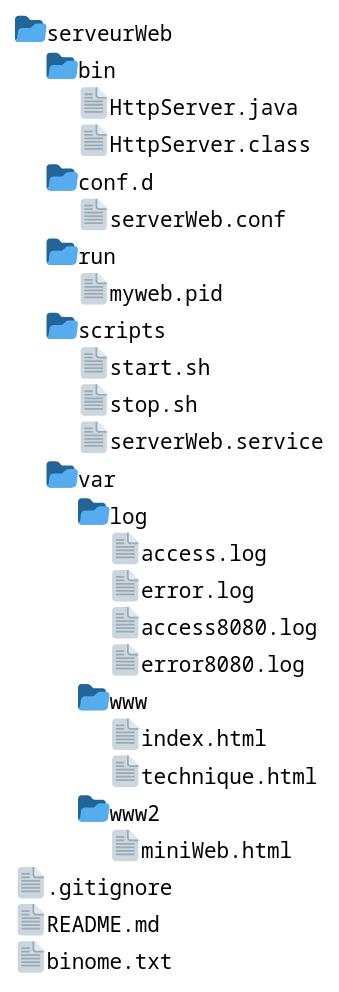
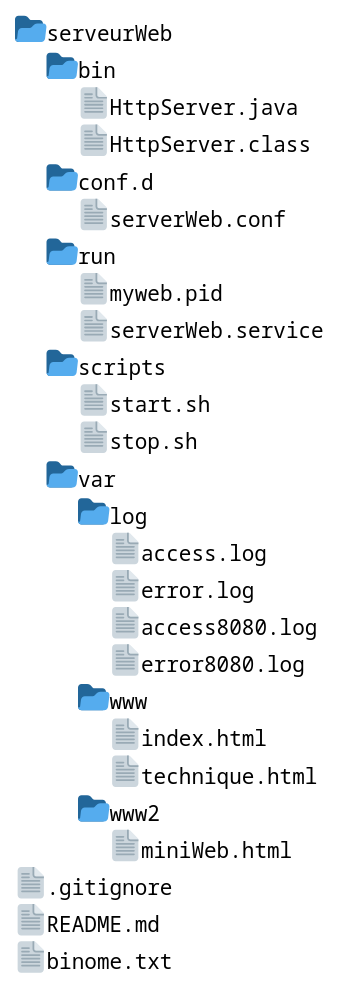
Before and after one commit to Le-Madec-Jean/ServerWeb_GALLOIS_LE_MADEC: the diagram in arborescenceServeur.puml, drawn with PlantUML. The commit also changed 1 other file, not shown here.

```diff
--- a/arborescenceServeur.puml
+++ b/arborescenceServeur.puml
@@ -1,19 +1,19 @@
 @startfiles arborescenceServeur
 /serveurWeb/bin/HttpServer.java
 /serveurWeb/bin/HttpServer.class
 /serveurWeb/conf.d/serverWeb.conf
 /serveurWeb/run/myweb.pid
+/serveurWeb/run/serverWeb.service
 /serveurWeb/scripts/start.sh
 /serveurWeb/scripts/stop.sh
-/serveurWeb/scripts/serverWeb.service
 /serveurWeb/var/log/access.log
 /serveurWeb/var/log/error.log
 /serveurWeb/var/log/access8080.log
 /serveurWeb/var/log/error8080.log
 /serveurWeb/var/www/index.html
 /serveurWeb/var/www/technique.html
 /serveurWeb/var/www2/miniWeb.html
 /.gitignore
 /README.md
 /binome.txt
 @endfiles
```
